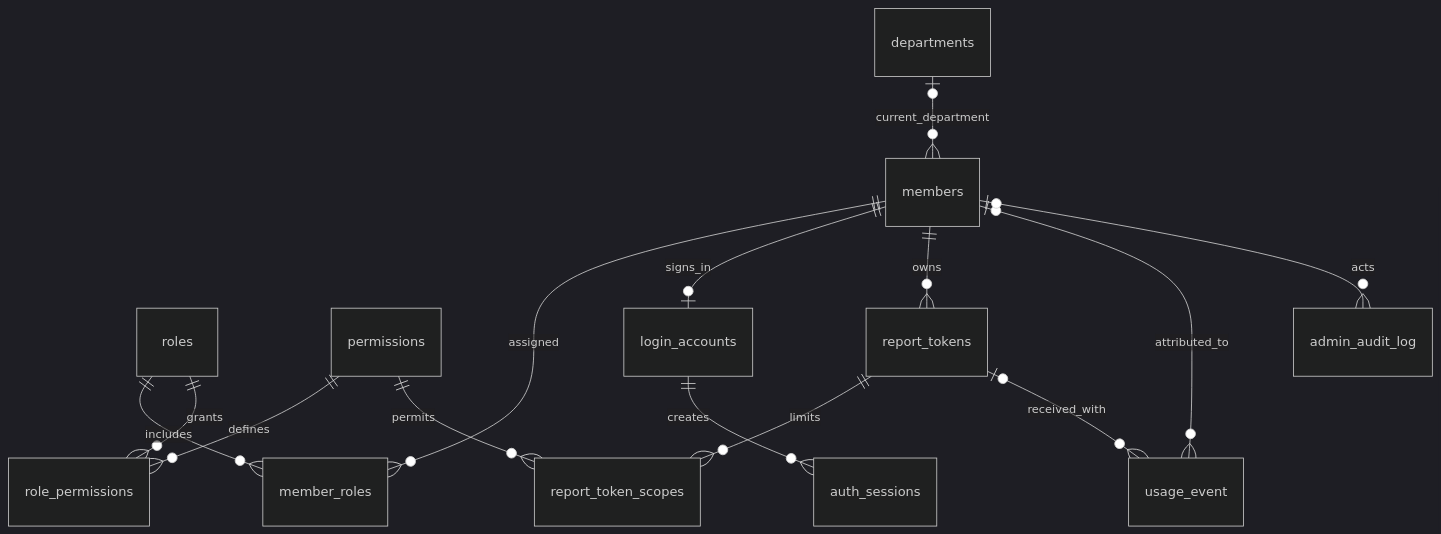
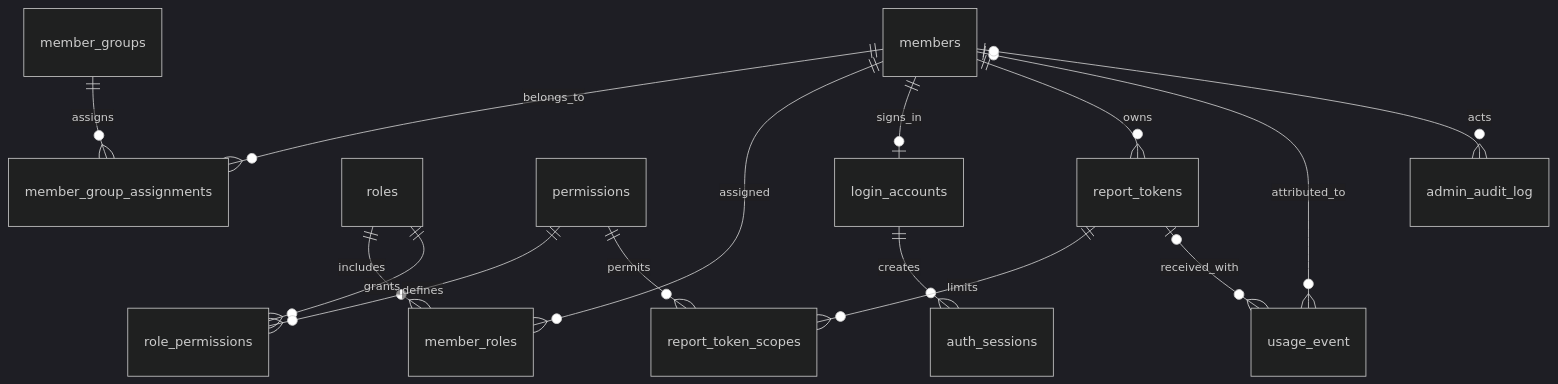
Before and after one commit to zhujunzhujunzhu/ai-token-report: the diagram in docs/数据库重设计.md, drawn with Mermaid (dark theme). The commit also changed other lines of this file and 3 other files, not shown here.

````diff
--- a/docs/数据库重设计.md
+++ b/docs/数据库重设计.md
@@ -41,16 +41,17 @@
 ```mermaid
 erDiagram
-    departments o|--o{ members : current_department
+    members ||--o{ member_group_assignments : belongs_to
+    member_groups ||--o{ member_group_assignments : assigns
     members ||--o{ member_roles : assigned
     roles ||--o{ member_roles : includes
     roles ||--o{ role_permissions : grants
     permissions ||--o{ role_permissions : defines
     members ||--o| login_accounts : signs_in
     login_accounts ||--o{ auth_sessions : creates
     members ||--o{ report_tokens : owns
     report_tokens ||--o{ report_token_scopes : limits
     permissions ||--o{ report_token_scopes : permits
     members o|--o{ usage_event : attributed_to
     report_tokens o|--o{ usage_event : received_with
     members o|--o{ admin_audit_log : acts
 ```
````
